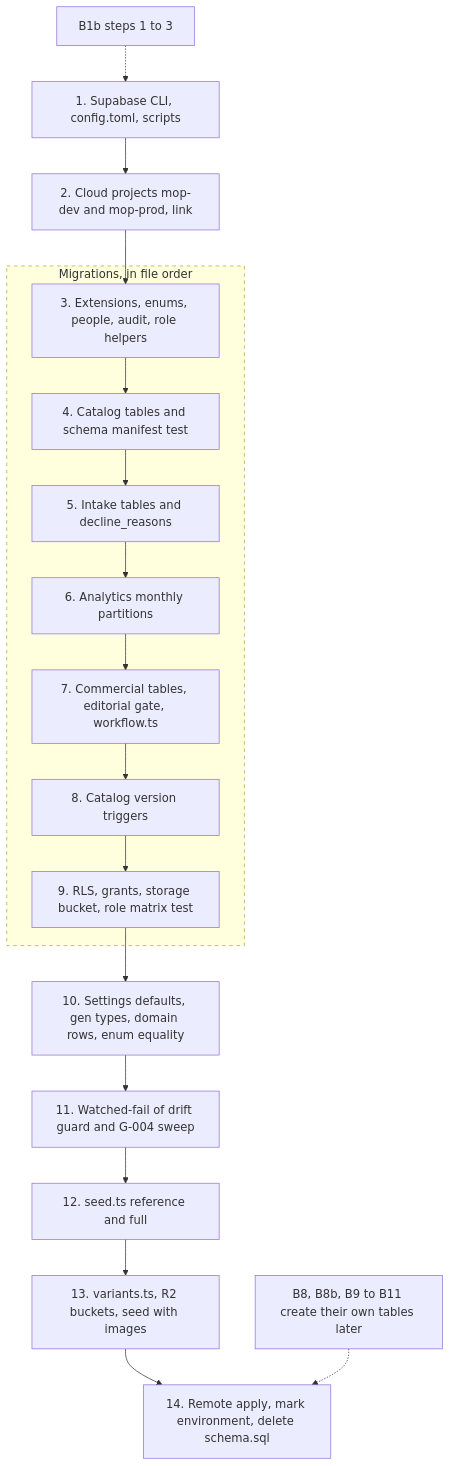
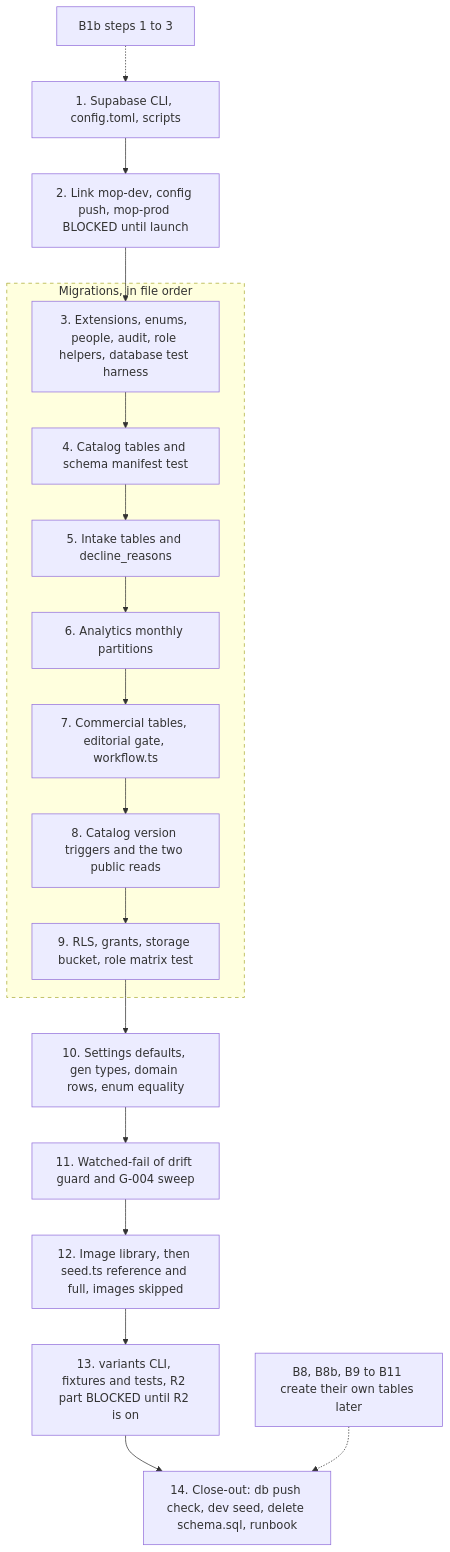
Before and after one commit to AbdulrahmanAmer/matter-of-place: the second of 6 diagrams in workspace/03-diagrams/plans-a.md, drawn with Mermaid. The commit also changed other lines of this file and 104 other files, not shown here.

First line of the commit message:
Traceability audit rounds 5 and 6; diagrams brought in line with the plans; rulings G58 to G65

````diff
--- a/workspace/03-diagrams/plans-a.md
+++ b/workspace/03-diagrams/plans-a.md
@@ -28,23 +31,23 @@
 ```mermaid
 flowchart TD
   t1["1. Supabase CLI, config.toml, scripts"]
-  t2["2. Cloud projects mop-dev and mop-prod, link"]
+  t2["2. Link mop-dev, config push, mop-prod BLOCKED until launch"]
   subgraph SCHEMA["Migrations, in file order"]
-    t3["3. Extensions, enums, people, audit, role helpers"]
+    t3["3. Extensions, enums, people, audit, role helpers, database test harness"]
     t4["4. Catalog tables and schema manifest test"]
     t5["5. Intake tables and decline_reasons"]
     t6["6. Analytics monthly partitions"]
     t7["7. Commercial tables, editorial gate, workflow.ts"]
-    t8["8. Catalog version triggers"]
+    t8["8. Catalog version triggers and the two public reads"]
     t9["9. RLS, grants, storage bucket, role matrix test"]
   end
   t10["10. Settings defaults, gen types, domain rows, enum equality"]
   t11["11. Watched-fail of drift guard and G-004 sweep"]
-  t12["12. seed.ts reference and full"]
-  t13["13. variants.ts, R2 buckets, seed with images"]
-  t14["14. Remote apply, mark environment, delete schema.sql"]
+  t12["12. Image library, then seed.ts reference and full, images skipped"]
+  t13["13. variants CLI, fixtures and tests, R2 part BLOCKED until R2 is on"]
+  t14["14. Close-out: db push check, dev seed, delete schema.sql, runbook"]
   t1 --> t2 --> t3 --> t4 --> t5 --> t6 --> t7 --> t8 --> t9 --> t10 --> t11 --> t12 --> t13 --> t14
   b1b["B1b steps 1 to 3"] -.-> t1
   b8["B8, B8b, B9 to B11 create their own tables later"] -.-> t14
   style SCHEMA stroke-dasharray: 5 5
 ```
````
